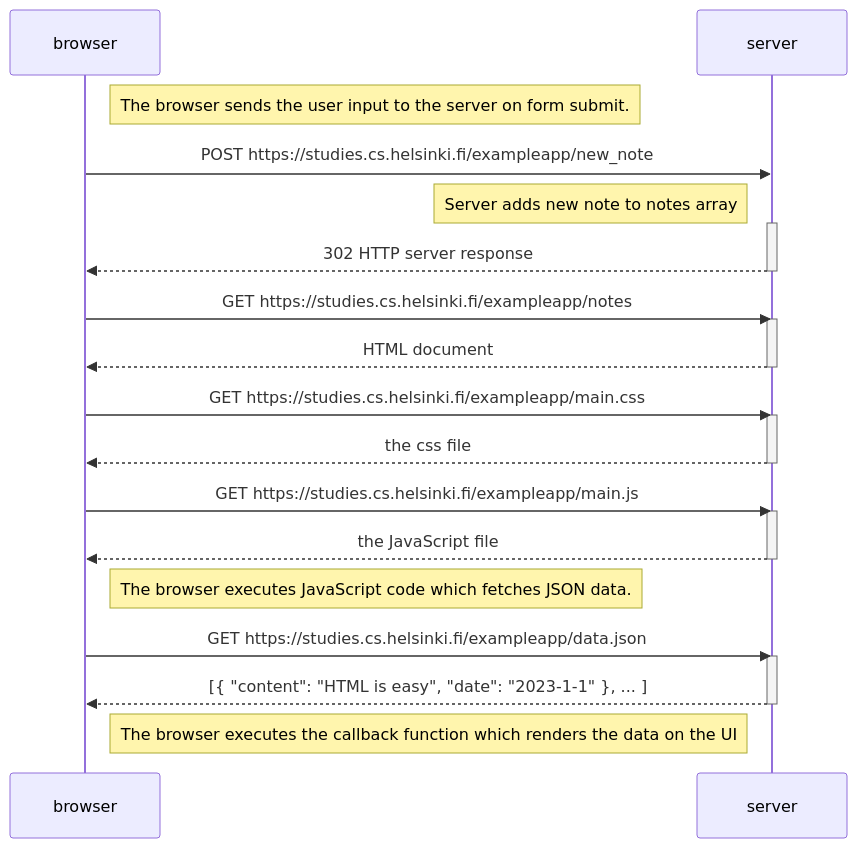
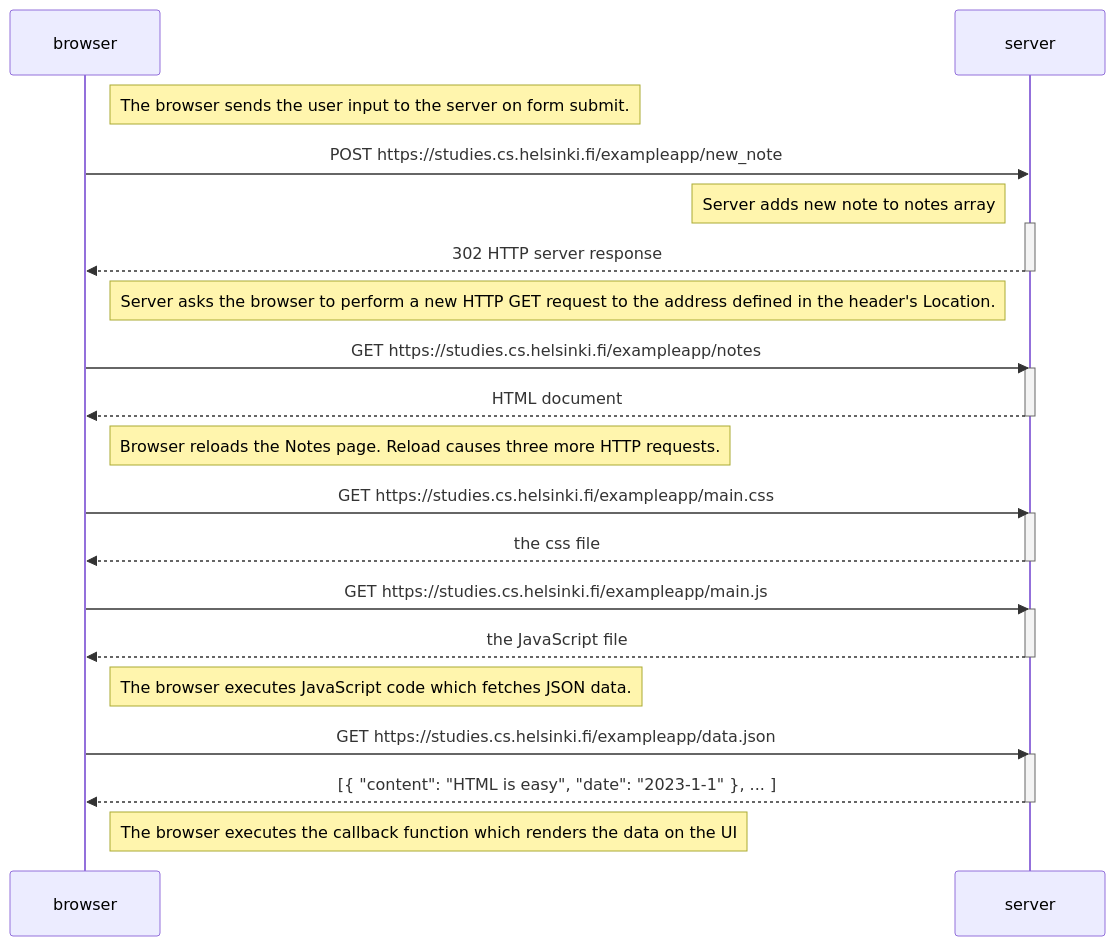
Before and after one commit to harpreet-singh-147/full-stack-open: the diagram in part-0/0.4-new-note-diagram.md, drawn with Mermaid. The commit also changed other lines of this file, not shown here.

Commit message:
added a few comments on diagram

````diff
--- a/part-0/0.4-new-note-diagram.md
+++ b/part-0/0.4-new-note-diagram.md
@@ -1,40 +3,42 @@
 ```mermaid
 sequenceDiagram
     participant browser
     participant server
 
     Note right of browser: The browser sends the user input to the server on form submit.
 
     browser->>server: POST https://studies.cs.helsinki.fi/exampleapp/new_note
 
     Note left of server: Server adds new note to notes array
     activate server
     server-->>browser: 302 HTTP server response
     deactivate server
 
-
+    Note right of browser: Server asks the browser to perform a new HTTP GET request to the address defined in the header's Location.
 
     browser->>server: GET https://studies.cs.helsinki.fi/exampleapp/notes
     activate server
     server-->>browser: HTML document
     deactivate server
+
+    Note right of browser: Browser reloads the Notes page. Reload causes three more HTTP requests.
 
     browser->>server: GET https://studies.cs.helsinki.fi/exampleapp/main.css
     activate server
     server-->>browser: the css file
     deactivate server
 
     browser->>server: GET https://studies.cs.helsinki.fi/exampleapp/main.js
     activate server
     server-->>browser: the JavaScript file
     deactivate server
 
     Note right of browser: The browser executes JavaScript code which fetches JSON data.
 
     browser->>server: GET https://studies.cs.helsinki.fi/exampleapp/data.json
     activate server
     server-->>browser: [{ "content": "HTML is easy", "date": "2023-1-1" }, ... ]
     deactivate server
 
     Note right of browser: The browser executes the callback function which renders the data on the UI
 ```
````
